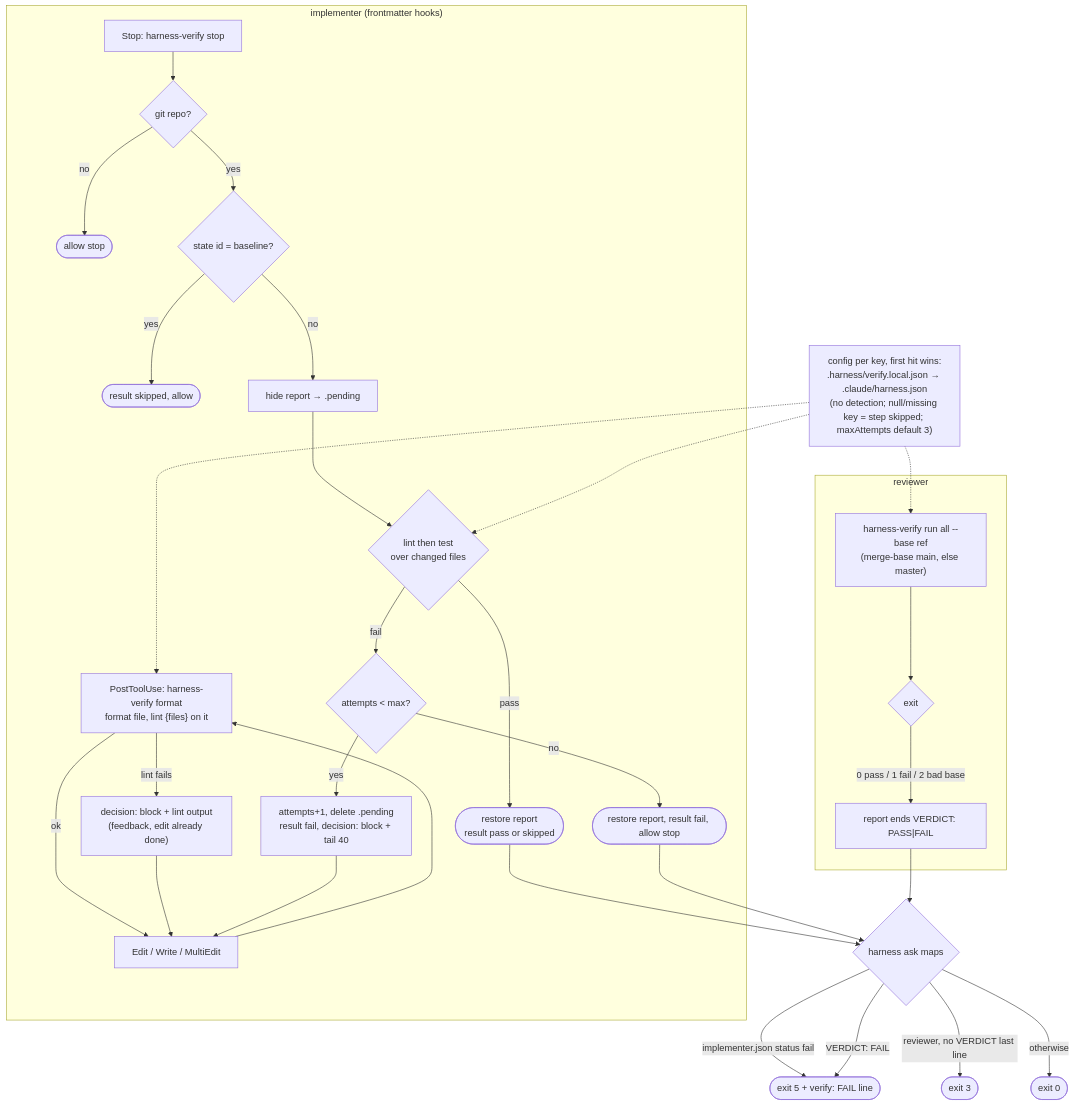
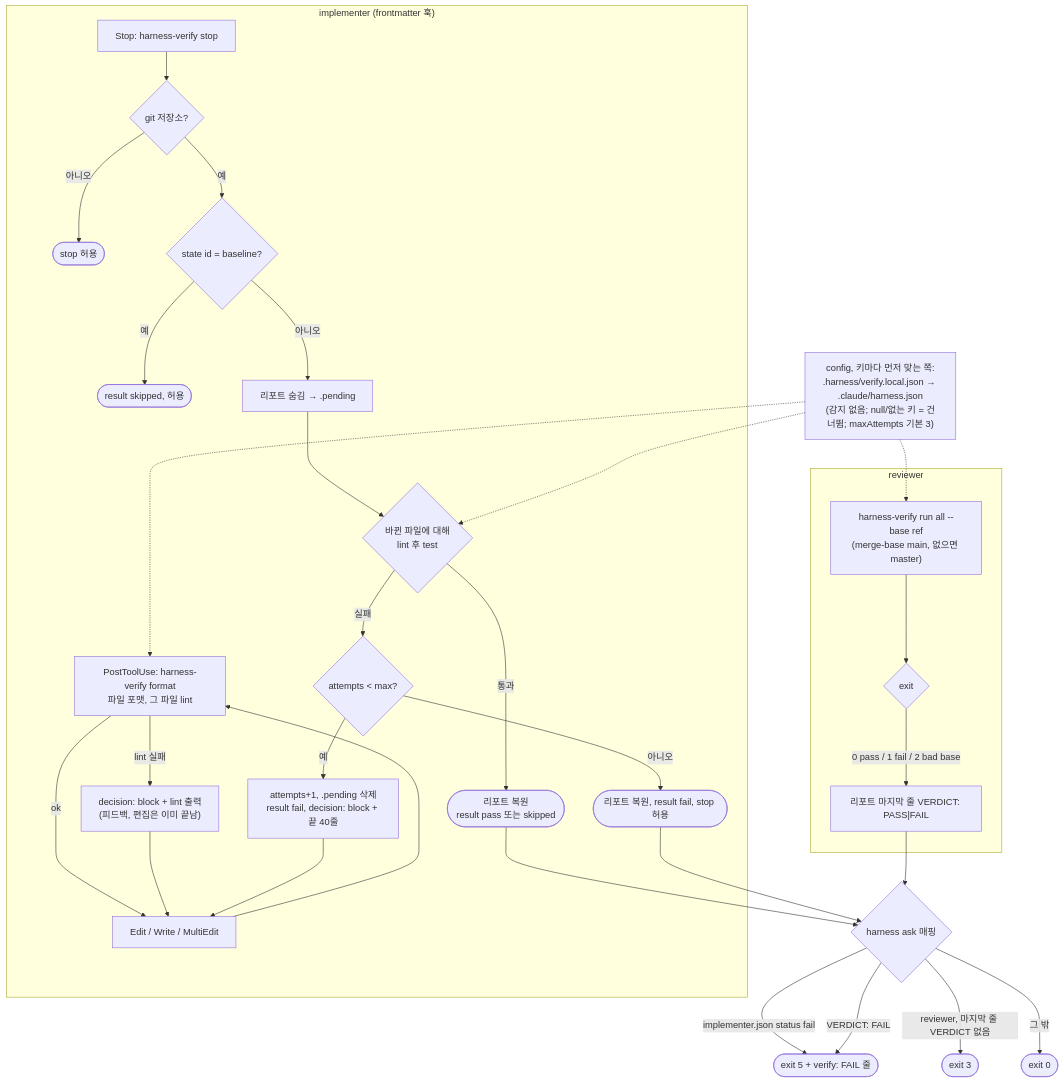
The fourth of 4 diagrams in docs/architecture.md (geonhos/claude-code-setup), drawn with Mermaid before and after one commit. The commit also changed other lines of this file and 20 other files, not shown here.

Commit message:
docs: rewrite architecture.md with inline mermaid; delete docs/diagrams

````diff
--- a/docs/architecture.md
+++ b/docs/architecture.md
@@ -214,31 +79,31 @@
 ```mermaid
 flowchart TD
-  CFG["config per key, first hit wins:<br/>.harness/verify.local.json → .claude/harness.json<br/>(no detection; null/missing key = step skipped; maxAttempts default 3)"]
-  subgraph impl["implementer (frontmatter hooks)"]
-    E["Edit / Write / MultiEdit"] --> PT["PostToolUse: harness-verify format<br/>format file, lint {files} on it"]
-    PT -- "lint fails" --> FB["decision: block + lint output<br/>(feedback, edit already done)"]
+  CFG["config, 키마다 먼저 맞는 쪽:<br/>.harness/verify.local.json → .claude/harness.json<br/>(감지 없음; null/없는 키 = 건너뜀; maxAttempts 기본 3)"]
+  subgraph impl["implementer (frontmatter 훅)"]
+    E["Edit / Write / MultiEdit"] --> PT["PostToolUse: harness-verify format<br/>파일 포맷, 그 파일 lint"]
+    PT -- "lint 실패" --> FB["decision: block + lint 출력<br/>(피드백, 편집은 이미 끝남)"]
     PT -- ok --> E
     FB --> E
-    ST["Stop: harness-verify stop"] --> NG{"git repo?"}
-    NG -- no --> PASS0([allow stop])
-    NG -- yes --> SAME{"state id = baseline?"}
-    SAME -- yes --> SK(["result skipped, allow"])
-    SAME -- no --> HIDE["hide report → .pending"] --> LT{"lint then test<br/>over changed files"}
-    LT -- pass --> OKR(["restore report<br/>result pass or skipped"])
-    LT -- fail --> CAP{"attempts &lt; max?"}
-    CAP -- yes --> BLK["attempts+1, delete .pending<br/>result fail, decision: block + tail 40"]
+    ST["Stop: harness-verify stop"] --> NG{"git 저장소?"}
+    NG -- 아니오 --> PASS0([stop 허용])
+    NG -- 예 --> SAME{"state id = baseline?"}
+    SAME -- 예 --> SK(["result skipped, 허용"])
+    SAME -- 아니오 --> HIDE["리포트 숨김 → .pending"] --> LT{"바뀐 파일에 대해<br/>lint 후 test"}
+    LT -- 통과 --> OKR(["리포트 복원<br/>result pass 또는 skipped"])
+    LT -- 실패 --> CAP{"attempts &lt; max?"}
+    CAP -- 예 --> BLK["attempts+1, .pending 삭제<br/>result fail, decision: block + 끝 40줄"]
     BLK --> E
-    CAP -- no --> GIVE(["restore report, result fail, allow stop"])
+    CAP -- 아니오 --> GIVE(["리포트 복원, result fail, stop 허용"])
   end
   subgraph rev["reviewer"]
-    RR["harness-verify run all --base ref<br/>(merge-base main, else master)"] --> RX{"exit"}
-    RX -- "0 pass / 1 fail / 2 bad base" --> VD["report ends VERDICT: PASS|FAIL"]
+    RR["harness-verify run all --base ref<br/>(merge-base main, 없으면 master)"] --> RX{"exit"}
+    RX -- "0 pass / 1 fail / 2 bad base" --> VD["리포트 마지막 줄 VERDICT: PASS|FAIL"]
   end
   CFG -.-> PT & LT & RR
-  OKR & GIVE --> MAP{"harness ask maps"}
+  OKR & GIVE --> MAP{"harness ask 매핑"}
   VD --> MAP
-  MAP -- "implementer.json status fail" --> X5([exit 5 + verify: FAIL line])
+  MAP -- "implementer.json status fail" --> X5([exit 5 + verify: FAIL 줄])
   MAP -- "VERDICT: FAIL" --> X5
-  MAP -- "reviewer, no VERDICT last line" --> X3([exit 3])
-  MAP -- otherwise --> X0([exit 0])
+  MAP -- "reviewer, 마지막 줄 VERDICT 없음" --> X3([exit 3])
+  MAP -- 그 밖 --> X0([exit 0])
 ```
````
